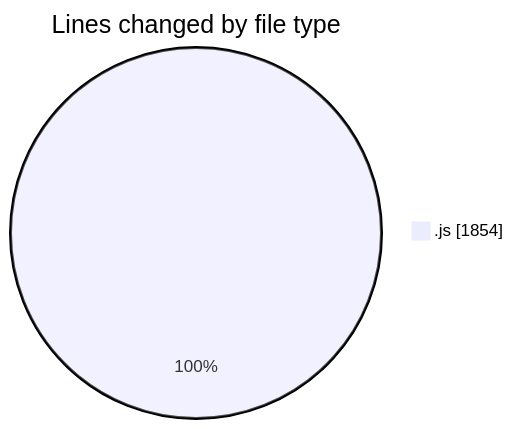
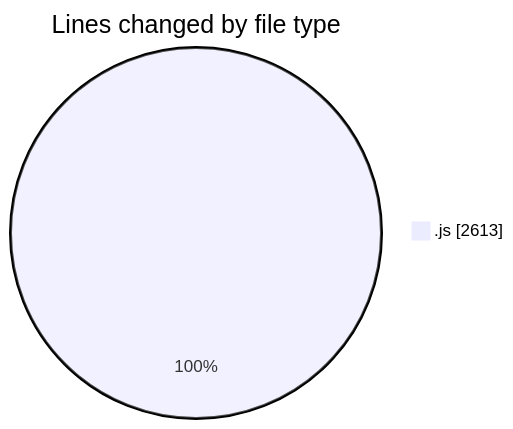
Before and after one commit to nxtqubesakshisongat/code-tracking: the first of 2 diagrams in 2025-09-02/nxtqube_webapp/README.md, drawn with Mermaid. The commit also changed other lines of this file and 1 other file, not shown here.

````diff
--- a/2025-09-02/nxtqube_webapp/README.md
+++ b/2025-09-02/nxtqube_webapp/README.md
@@ -20,5 +20,5 @@
 ```mermaid
 pie showData
 title Lines changed by file type
-".js" : 1854
+".js" : 2613
 ```
````
